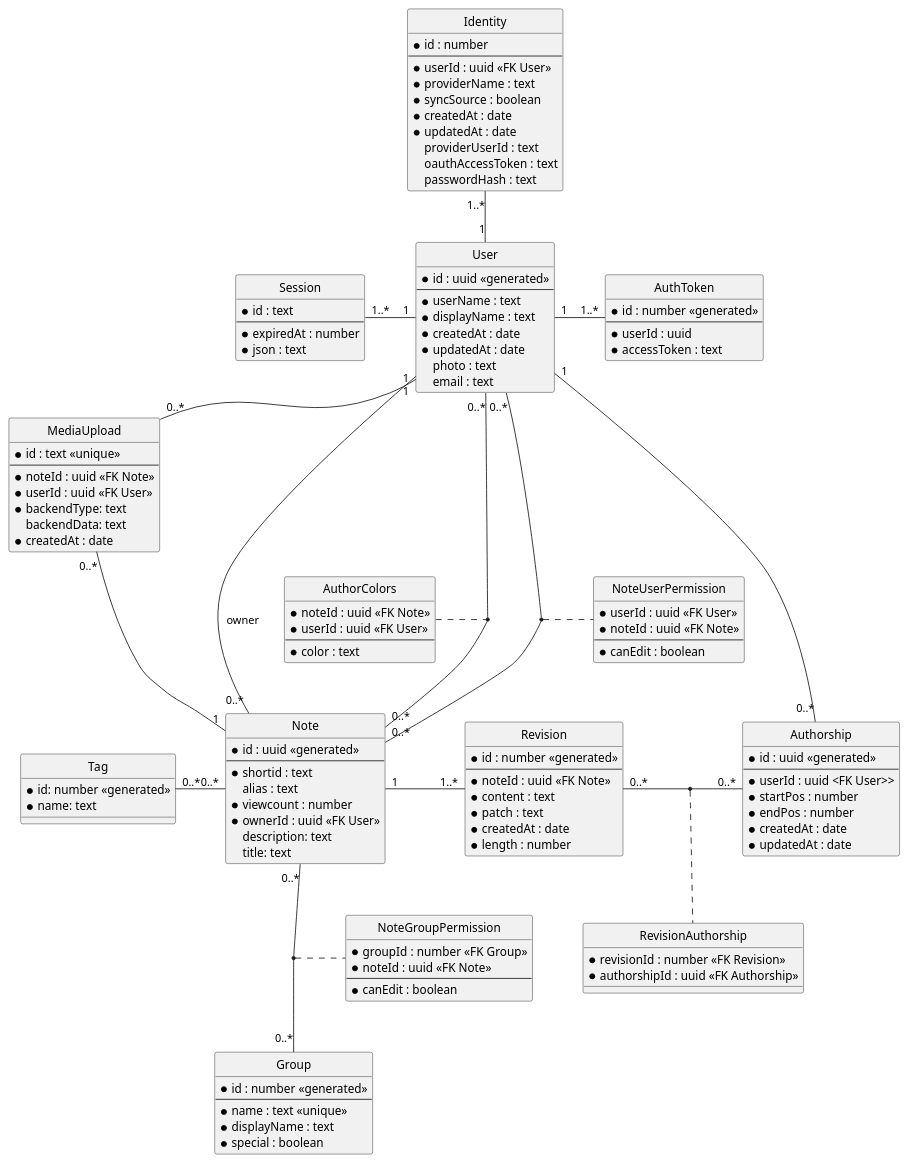
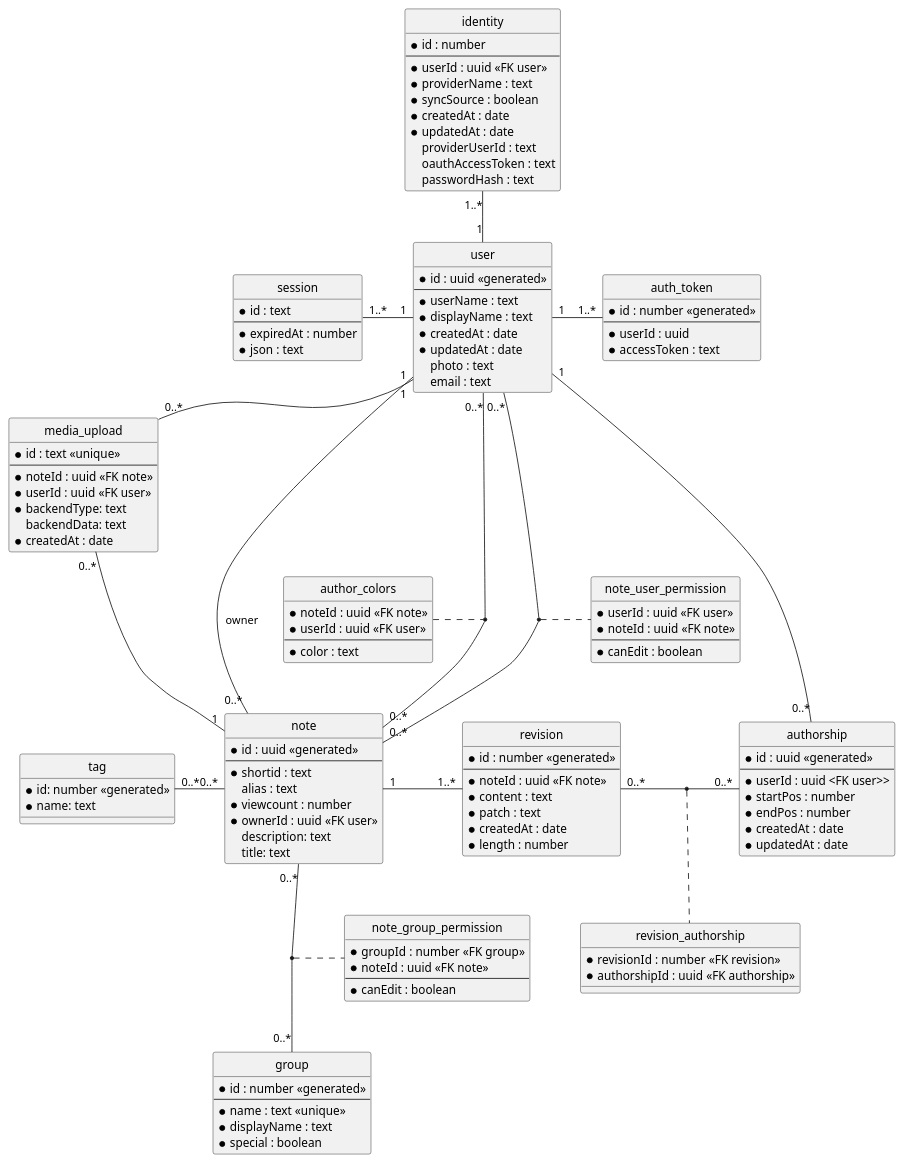
The diagram in docs/content/dev/db-schema.plantuml (hedgedoc/hedgedoc), drawn with PlantUML before and after one commit. The commit also changed 1 other file, not shown here.

```diff
--- a/docs/content/dev/db-schema.plantuml
+++ b/docs/content/dev/db-schema.plantuml
@@ -1,154 +1,154 @@
 @startuml
 hide circle
 skinparam nodesep 60
 
-entity "Note" {
+entity "note" {
   *id : uuid <<generated>>
   --
   *shortid : text
   alias : text
   *viewcount : number
-  *ownerId : uuid <<FK User>>
+  *ownerId : uuid <<FK user>>
   description: text
   title: text
 }
 
-entity "User" {
+entity "user" {
   *id : uuid <<generated>>
   --
   *userName : text
   *displayName : text
   *createdAt : date
   *updatedAt : date
   photo : text
   email : text
 }
 
-entity "AuthToken" as authToken{
+entity "auth_token"{
   *id : number <<generated>>
   --
   *userId : uuid
   *accessToken : text
 }
 
-entity "Identity" {
+entity "identity" {
   *id : number
   --
-  *userId : uuid <<FK User>>
+  *userId : uuid <<FK user>>
   ' Identifies the external login provider and is set in the config
   *providerName : text
   *syncSource : boolean
   *createdAt : date
   *updatedAt : date
   ' The unique identifier of a user from the login provider
   providerUserId : text
   ' Token used to access the OAuth provider in the users name. Can be NULL
   oauthAccessToken : text
   ' Password hash. Can be NULL
   passwordHash : text
 }
 
-entity "Session" {
+entity "session" {
   *id : text
   --
   *expiredAt : number
   *json : text
 }
 
 
-entity "Revision" {
+entity "revision" {
   *id : number <<generated>>
   --
-  *noteId : uuid <<FK Note>>
+  *noteId : uuid <<FK note>>
   *content : text
   *patch : text
   *createdAt : date
   *length : number
 }
 
-entity "Authorship" {
+entity "authorship" {
   *id : uuid <<generated>>
   --
-  *userId : uuid <FK User>>
+  *userId : uuid <FK user>>
   *startPos : number
   *endPos : number
   *createdAt : date
   *updatedAt : date
 }
 
-entity "RevisionAuthorship" {
-  *revisionId : number <<FK Revision>>
-  *authorshipId : uuid <<FK Authorship>>
+entity "revision_authorship" {
+  *revisionId : number <<FK revision>>
+  *authorshipId : uuid <<FK authorship>>
 }
 
-entity "AuthorColors" {
-  *noteId : uuid <<FK Note>>
-  *userId : uuid <<FK User>>
+entity "author_colors" {
+  *noteId : uuid <<FK note>>
+  *userId : uuid <<FK user>>
   --
   *color : text
 }
 
 
-entity "NoteUserPermission" {
-  *userId : uuid <<FK User>>
-  *noteId : uuid <<FK Note>>
+entity "note_user_permission" {
+  *userId : uuid <<FK user>>
+  *noteId : uuid <<FK note>>
   --
   *canEdit : boolean
 }
 
-entity "Group" {
+entity "group" {
   *id : number <<generated>>
   --
   *name : text <<unique>>
   *displayName : text
   ' Is set to denote a special group
   ' Special groups are used to map the old share settings like "everyone can edit"
   ' or "logged in users can view" to the group permission system
   *special : boolean
   }
 
-entity "NoteGroupPermission" {
-  *groupId : number <<FK Group>>
-  *noteId : uuid <<FK Note>>
+entity "note_group_permission" {
+  *groupId : number <<FK group>>
+  *noteId : uuid <<FK note>>
   --
   *canEdit : boolean
 }
 
-entity "Tag" {
+entity "tag" {
   *id: number <<generated>>
   *name: text
 }
 
-entity "MediaUpload" {
+entity "media_upload" {
   *id : text <<unique>>
   --
-  *noteId : uuid <<FK Note>>
-  *userId : uuid <<FK User>>
+  *noteId : uuid <<FK note>>
+  *userId : uuid <<FK user>>
   *backendType: text
   backendData: text
   *createdAt : date
 }
 
-User "1" -- "0..*" Note: owner
-User "1" -u- "1..*" Identity
-User "1" - "1..*" authToken
-User "1" -l- "1..*" Session
-User "1" - "0..*" MediaUpload
-User "0..*" -- "0..*" Note
-User "1" - "0..*" Authorship
+user "1" -- "0..*" note: owner
+user "1" -u- "1..*" identity
+user "1" - "1..*" auth_token
+user "1" -l- "1..*" session
+user "1" - "0..*" media_upload
+user "0..*" -- "0..*" note
+user "1" - "0..*" authorship
 
-(User, Note) . AuthorColors
+(user, note) . author_colors
 
-Revision "0..*" - "0..*" Authorship
-(Revision, Authorship) .. RevisionAuthorship
+revision "0..*" - "0..*" authorship
+(revision, authorship) .. revision_authorship
 
-MediaUpload "0..*"  -- "1" Note
-Note "1" - "1..*" Revision
-Note "0..*" -l- "0..*" Tag
-Note "0..*" -- "0..*" Group
+media_upload "0..*"  -- "1" note
+note "1" - "1..*" revision
+note "0..*" -l- "0..*" tag
+note "0..*" -- "0..*" group
 
-User "0..*" -- "0..*" Note
-(User, Note) . NoteUserPermission
-(Note, Group) . NoteGroupPermission
+user "0..*" -- "0..*" note
+(user, note) . note_user_permission
+(note, group) . note_group_permission
 
 @enduml
```
